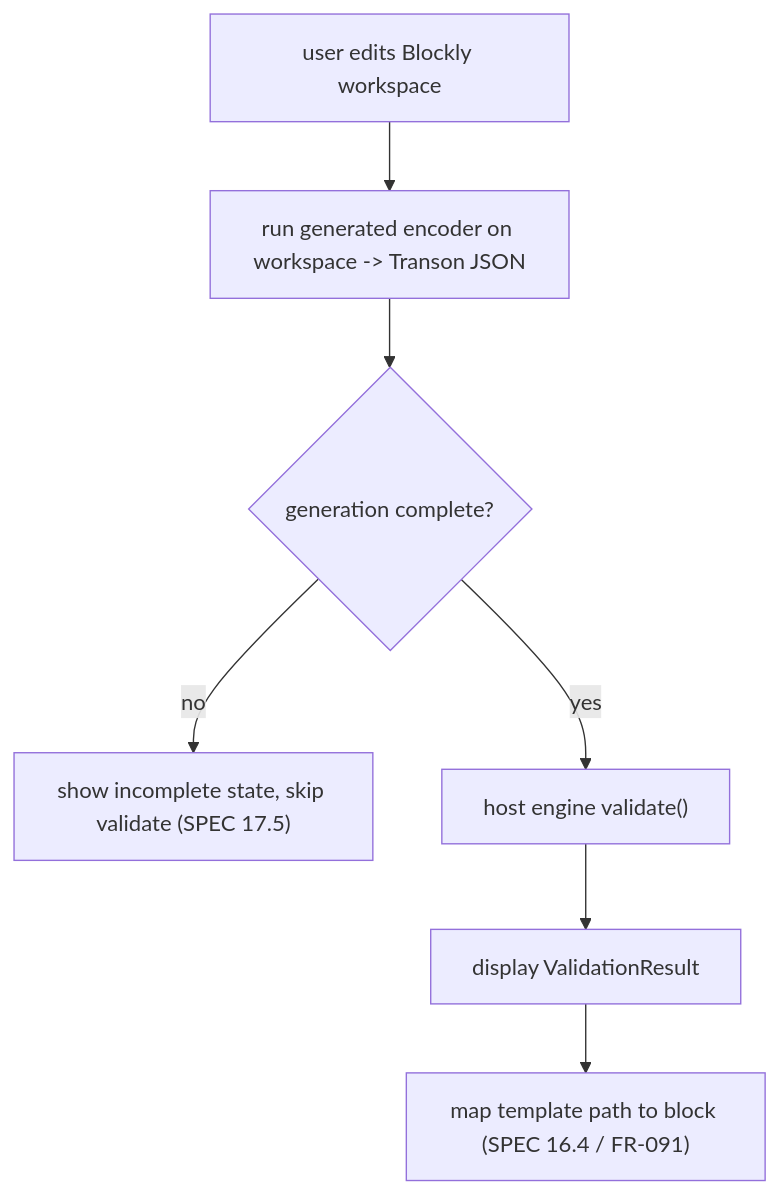
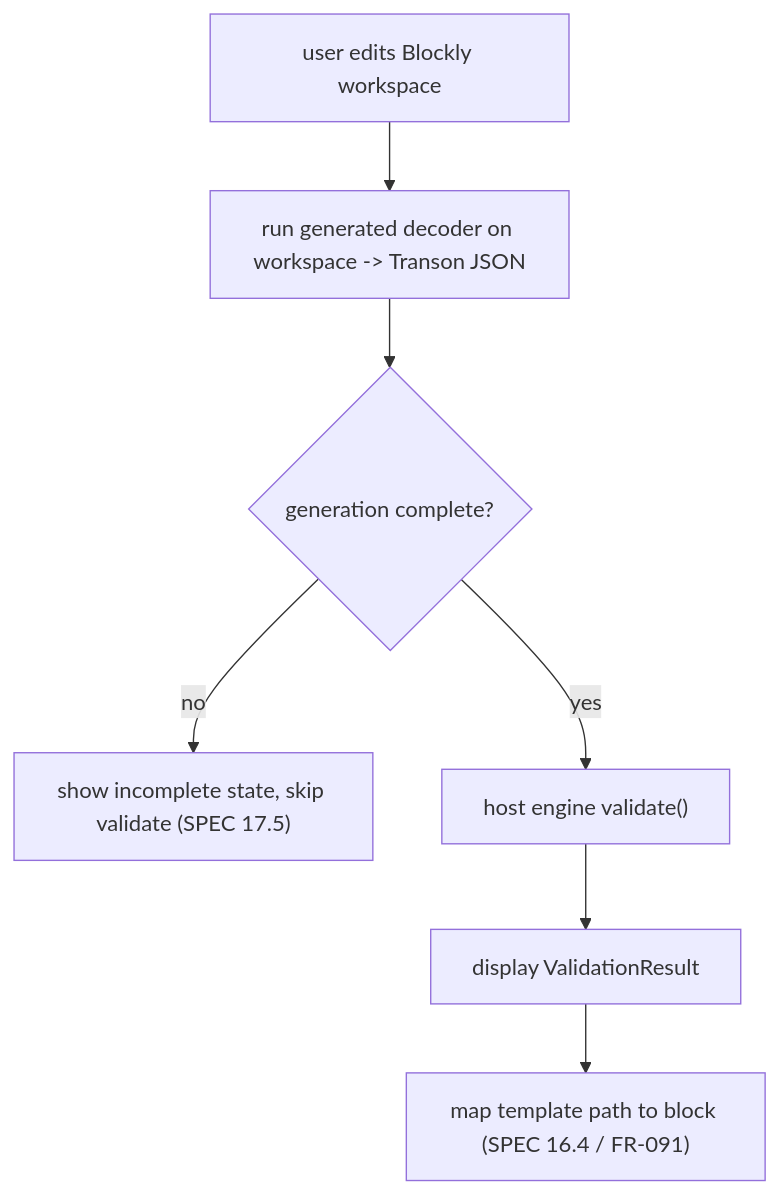
One commit to transon-org/transon-blockly changed the sixth of 8 diagrams in docs/ARCHITECTURE.md. Above: the diagram before and after it, drawn with Mermaid. The commit also changed other lines of this file and 2 other files, not shown here.

````diff
--- a/docs/ARCHITECTURE.md
+++ b/docs/ARCHITECTURE.md
@@ -716,9 +718,9 @@
 ```mermaid
 flowchart TD
-    A[user edits Blockly workspace] --> B[run generated encoder on workspace -> Transon JSON]
+    A[user edits Blockly workspace] --> B[run generated decoder on workspace -> Transon JSON]
     B --> C{generation complete?}
     C -->|no| C1["show incomplete state, skip validate (SPEC 17.5)"]
     C -->|yes| D["host engine validate()"]
     D --> E[display ValidationResult]
     E --> F["map template path to block (SPEC 16.4 / FR-091)"]
 ```
````
